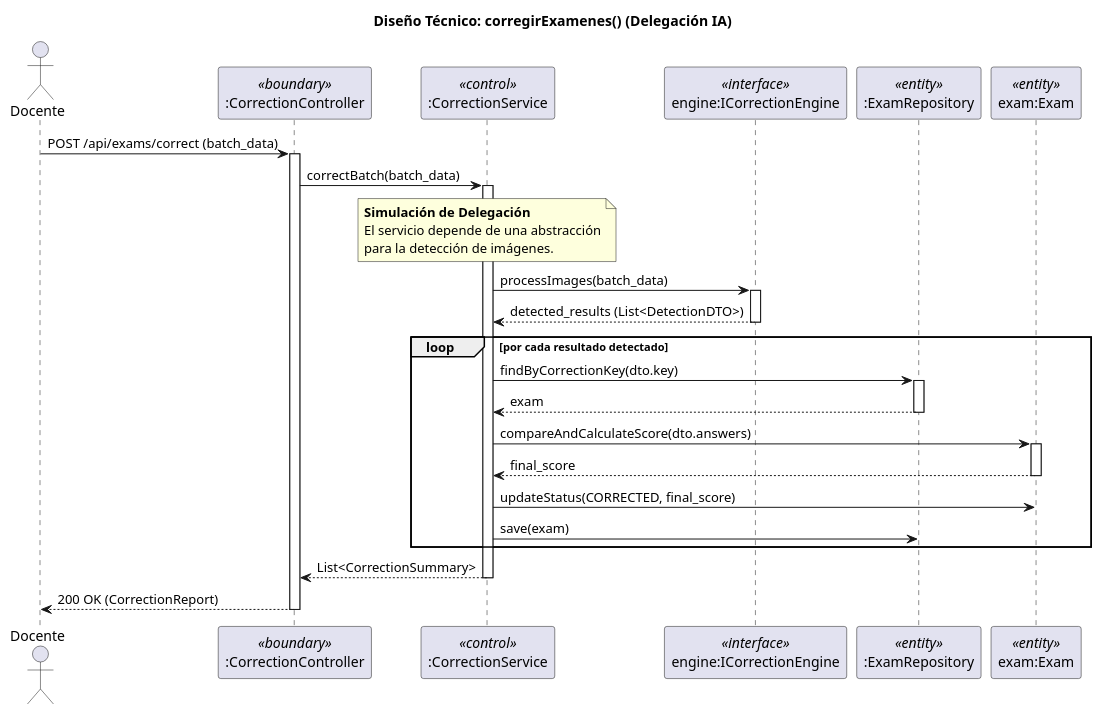
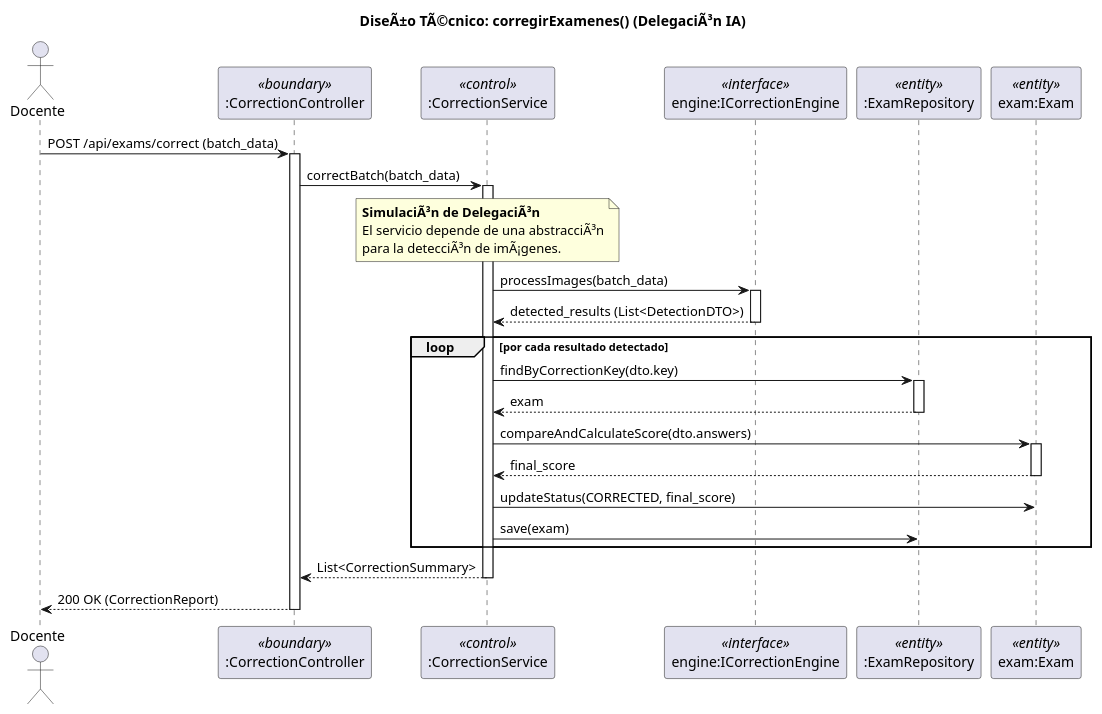
The second of 2 diagrams in RUP/01-analisis/casos-uso/CU-01-corregirExamenes/README.md (liamanderson873/25-26-idsw2-sdVC), drawn with PlantUML before and after one commit. The commit also changed other lines of this file and 43 other files, not shown here.

````diff
--- a/RUP/01-analisis/casos-uso/CU-01-corregirExamenes/README.md
+++ b/RUP/01-analisis/casos-uso/CU-01-corregirExamenes/README.md
@@ -94,54 +91,54 @@
 ```plantuml
 @startuml CU-01-corregirExamenes-diseno
 
 skinparam linetype polyline
 skinparam backgroundColor white
 
 actor "Docente" as Actor
 participant ":CorrectionController" as Controller <<boundary>>
 participant ":CorrectionService" as Service <<control>>
 participant "engine:ICorrectionEngine" as Engine <<interface>>
 participant ":ExamRepository" as Repo <<entity>>
 participant "exam:Exam" as Entity <<entity>>
 
-title Diseño Técnico: corregirExamenes() (Delegación IA)
+title DiseÃ±o TÃ©cnico: corregirExamenes() (DelegaciÃ³n IA)
 
 Actor -> Controller : POST /api/exams/correct (batch_data)
 activate Controller
 
 Controller -> Service : correctBatch(batch_data)
 activate Service
 
 note over Service
-**Simulación de Delegación**
-El servicio depende de una abstracción
-para la detección de imágenes.
+**SimulaciÃ³n de DelegaciÃ³n**
+El servicio depende de una abstracciÃ³n
+para la detecciÃ³n de imÃ¡genes.
 end note
 
 Service -> Engine : processImages(batch_data)
 activate Engine
 return detected_results (List<DetectionDTO>)
 
 loop por cada resultado detectado
     Service -> Repo : findByCorrectionKey(dto.key)
     activate Repo
     Repo --> Service : exam
     deactivate Repo
     
     Service -> Entity : compareAndCalculateScore(dto.answers)
     activate Entity
     Entity --> Service : final_score
     deactivate Entity
     
     Service -> Entity : updateStatus(CORRECTED, final_score)
     Service -> Repo : save(exam)
 end
 
 Service --> Controller : List<CorrectionSummary>
 deactivate Service
 
 Controller --> Actor : 200 OK (CorrectionReport)
 deactivate Controller
 
 @enduml
 ```
````
